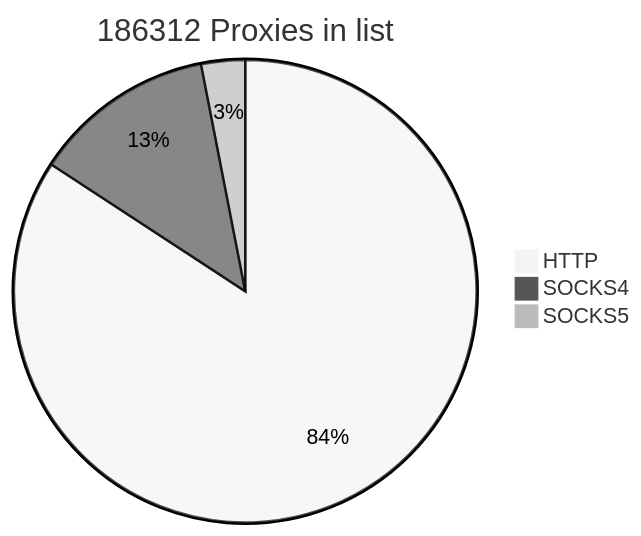
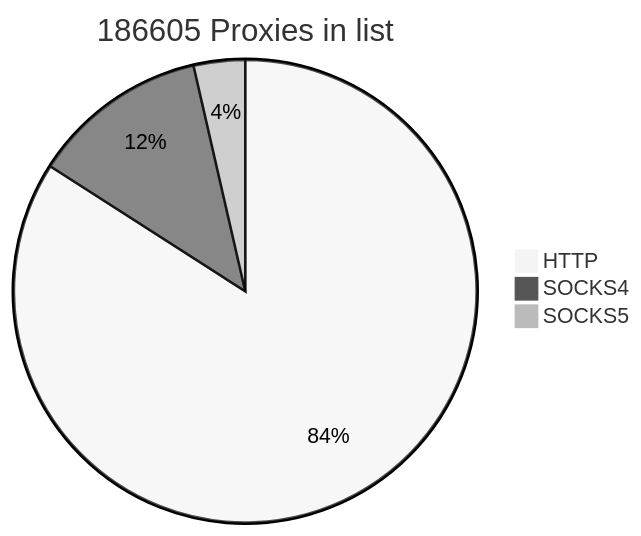
One commit to cutipu/proxylist changed the first of 2 diagrams in README.md. Above: the diagram before and after it, drawn with Mermaid (neutral theme). The commit also changed other lines of this file, not shown here.

````diff
--- a/README.md
+++ b/README.md
@@ -2,7 +2,7 @@
 ```mermaid
-pie title 186312 Proxies in list
-    "HTTP" : 156908
-    "SOCKS4" : 23690
-    "SOCKS5" : 5714
+pie title 186605 Proxies in list
+    "HTTP" : 156885
+    "SOCKS4" : 23020
+    "SOCKS5" : 6700
             
 ```
````
